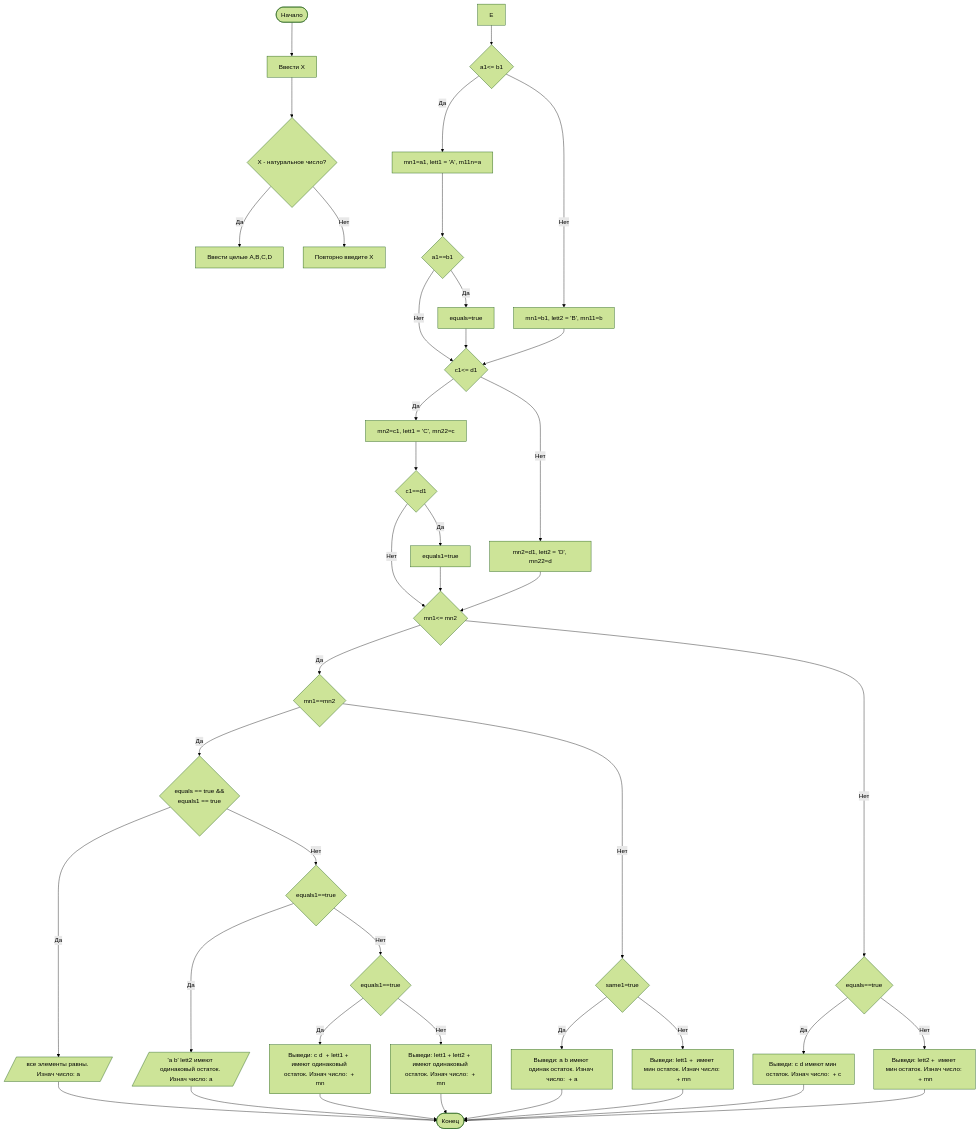
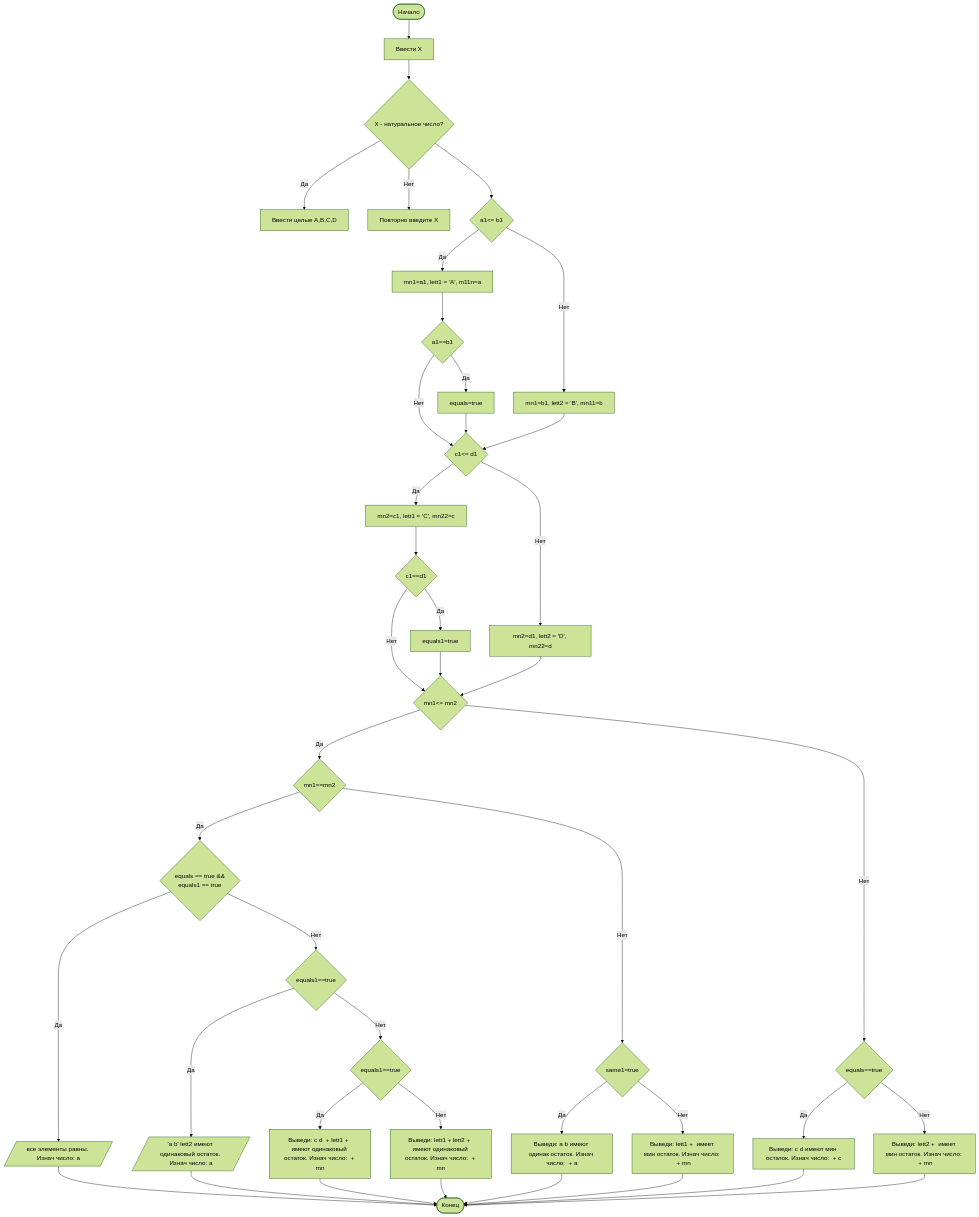
One commit to vadimrahma123/Lab1 changed the diagram in README.md. Above: the diagram before and after it, drawn with Mermaid (forest theme).

````diff
--- a/README.md
+++ b/README.md
@@ -96,44 +96,44 @@
 ```mermaid
 graph TD
  A([Начало]) --> B[Ввести X]
  B --> C{X - натуральное число?}
  C -- "Да" --> D[Ввести целые A,B,C,D]
  C -- "Нет" --> D1[Повторно введите X]
- E --> F{a1<= b1}
+ C --> F{a1<= b1}
  F -- "Да" --> F3[mn1=a1,  lett1 = 'A', m11n=a]
  F -- "Нет" --> F4[mn1=b1, lett2 = 'B', mn11=b]
  F3 --> F1{a1==b1}
  F1 -- "Да" --> F2[equals=true]
  F1 -- "Нет" --> G{с1<= d1}
  F2 --> G
  F4 --> G
  G -- "Да" --> G3[mn2=c1, lett1 = 'C', mn22=c]
  G -- "Нет" --> G4[mn2=d1, lett2 = 'D', mn22=d]
  G3 --> G1{c1==d1}
  G1 -- "Да" --> G2[equals1=true]
  G1 -- "Нет" --> K{mn1<= mn2}
  G2 --> K
  G4 --> K
  K -- "Да" --> K1{mn1==mn2}
  K1 -- "Да" --> K2{equals == true && </br> equals1 == true}
  K2 -- "Да" --> P1[/все элементы равны. Изнач число: a/]
  K2 -- "Нет" --> K4{equals1==true}
  K4 -- "Да" --> P2[/'a b' lett2 имеют одинаковый остаток. Изнач число: a/]
  K4 -- "Нет" --> K5{equals1==true}
  K5 -- "Да" --> P3[Выведи: c d  + lett1 +  имеют одинаковый остаток. Изнач число:  + mn]
  K5 -- "Нет" --> P4[Выведи: lett1 + lett2 +  имеют одинаковый остаток. Изнач число:  + mn]
  K1 -- "Нет" --> K7{same1=true}
  K7 -- "Да" --> P7[Выведи: a b имеют одинак остаток. Изнач число:  + a]
  K7 -- "Нет" --> P8[Выведи: lett1 +  имеет мин остаток. Изнач число:  + mn]
  K -- "Нет" --> K9{equals==true}
  K9 -- "Да" --> P9[Выведи: c d имеют мин остаток. Изнач число:  + c]
  K9 -- "Нет" --> P10[Выведи: lett2 +  имеет мин остаток. Изнач число:  + mn]
  P1 --> Z([Конец])
  P2 --> Z
  P3 --> Z
  P4 --> Z
  P7 --> Z
  P8 --> Z
  P9 --> Z
  P10 --> Z
 ```
````
